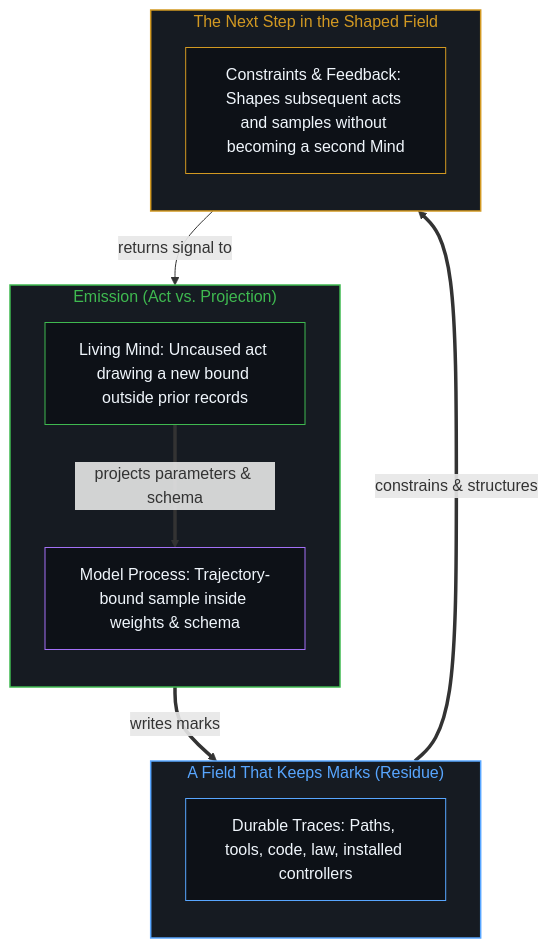
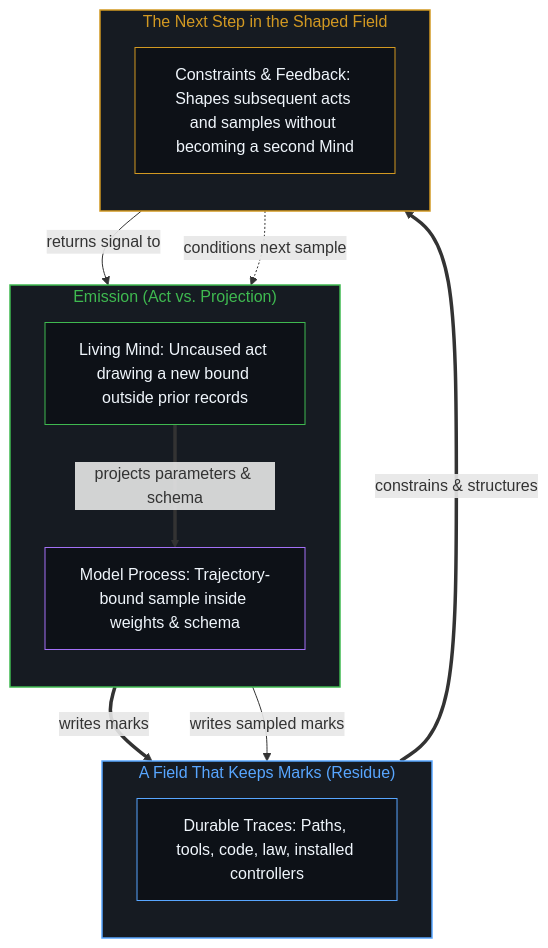
Before and after one commit to powerpig99/not-a-toe: the second of 2 diagrams in content/posts/the-mark-and-the-act.md, drawn with Mermaid. The commit also changed other lines of this file and 2 other files, not shown here.

````diff
--- a/content/posts/the-mark-and-the-act.md
+++ b/content/posts/the-mark-and-the-act.md
@@ -75,27 +77,29 @@
 ```mermaid
 flowchart TD
     subgraph S_Emit["Emission (Act vs. Projection)"]
         direction TB
         E_Mind["Living Mind: Uncaused act drawing a new bound outside prior records"]
         E_Model["Model Process: Trajectory-bound sample inside weights & schema"]
         E_Mind ==>|"projects parameters & schema"| E_Model
     end
     subgraph S_Field["A Field That Keeps Marks (Residue)"]
         direction TB
         F1["Durable Traces: Paths, tools, code, law, installed controllers"]
     end
     subgraph S_Next["The Next Step in the Shaped Field"]
         direction TB
         N1["Constraints & Feedback: Shapes subsequent acts and samples without becoming a second Mind"]
     end
-    E_Model ==>|"writes marks"| F1
+    E_Mind ==>|"writes marks"| F1
+    E_Model -->|"writes sampled marks"| F1
     F1 ==>|"constrains & structures"| N1
     N1 -->|"returns signal to"| E_Mind
+    N1 -.->|"conditions next sample"| E_Model
     style S_Emit fill:#161b22,stroke:#3fb950,stroke-width:1.5px,color:#3fb950
     style S_Field fill:#161b22,stroke:#58a6ff,stroke-width:1.5px,color:#58a6ff
     style S_Next fill:#161b22,stroke:#d29922,stroke-width:1.5px,color:#d29922
     style E_Mind fill:#0d1117,stroke:#3fb950,stroke-width:1px,color:#f0f6fc
     style E_Model fill:#0d1117,stroke:#a371f7,stroke-width:1px,color:#f0f6fc
     style F1 fill:#0d1117,stroke:#58a6ff,stroke-width:1px,color:#f0f6fc
     style N1 fill:#0d1117,stroke:#d29922,stroke-width:1px,color:#f0f6fc
 ```
````
